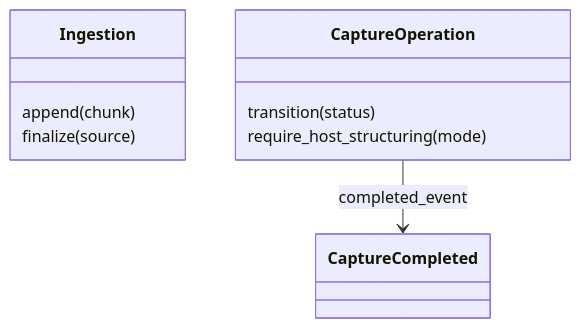
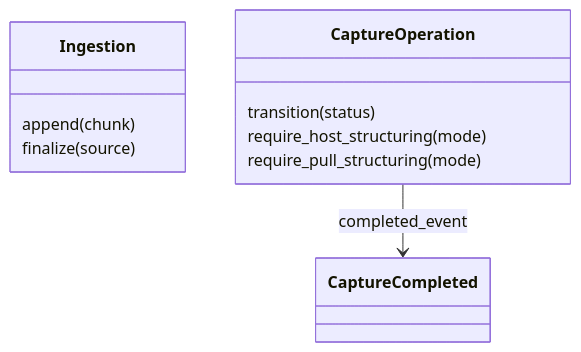
Before and after one commit to gx-capture/capture-workbench: the first of 2 diagrams in docs/domain/capture.md, drawn with Mermaid. The commit also changed other lines of this file and 6 other files, not shown here.

Commit message:
fix(runtime): 將 pull structuring 前置狀態規則收回 CaptureOperation 聚合

````diff
--- a/docs/domain/capture.md
+++ b/docs/domain/capture.md
@@ -27,8 +27,9 @@
 ```mermaid
 classDiagram
   Ingestion : append(chunk)
   Ingestion : finalize(source)
   CaptureOperation : transition(status)
   CaptureOperation : require_host_structuring(mode)
+  CaptureOperation : require_pull_structuring(mode)
   CaptureOperation --> CaptureCompleted : completed_event
 ```
````
